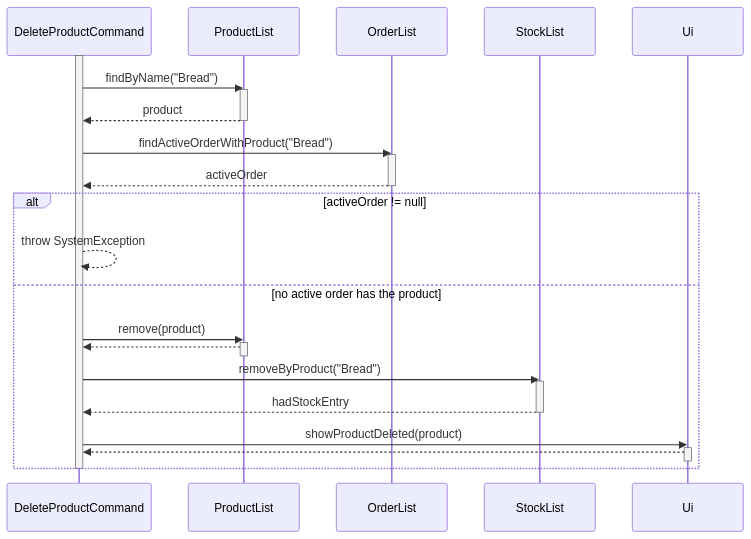
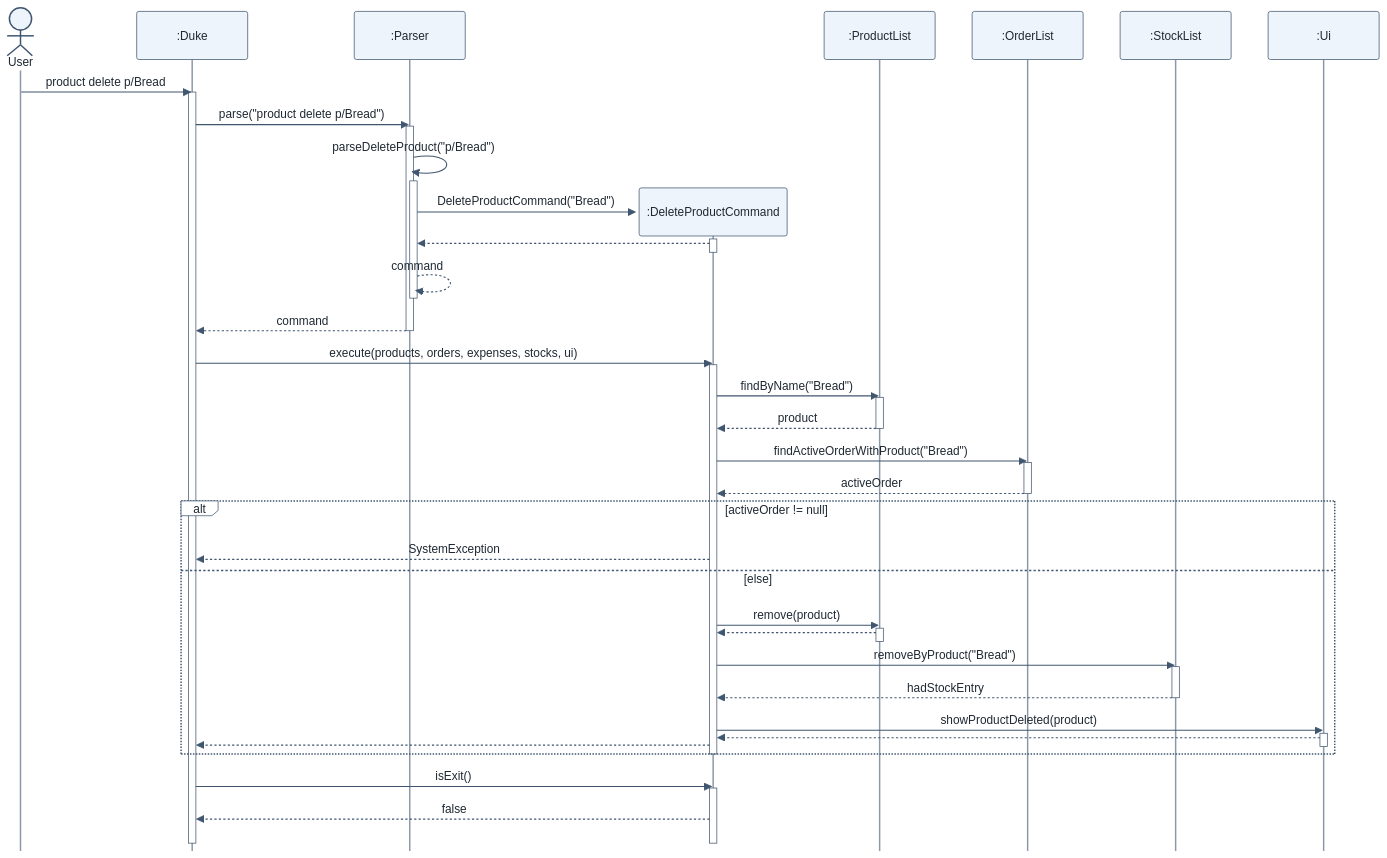
Before and after one commit to AY2627S1-CS2113-T11-1/tp: the diagram in docs/diagrams/product-delete.mmd, drawn with Mermaid. The commit also changed 6 other files, not shown here.

Commit message:
Redraw product catalogue diagrams to follow the UML reference sheet

```diff
--- a/docs/diagrams/product-delete.mmd
+++ b/docs/diagrams/product-delete.mmd
@@ -1,37 +1,64 @@
+%%{init: {"sequence": {"mirrorActors": false}, "themeCSS": ".actor-line { stroke-dasharray: 5 5; } .loopLine { stroke-dasharray: none; stroke-width: 1.5px; }", "themeVariables": {"fontSize": "16px", "actorBkg": "#eef4fb", "actorBorder": "#40566f", "actorTextColor": "#1f2933", "actorLineColor": "#8a98a8", "signalColor": "#40566f", "signalTextColor": "#1f2933", "activationBkgColor": "#ffffff", "activationBorderColor": "#40566f", "labelBoxBkgColor": "#ffffff", "labelBoxBorderColor": "#40566f", "labelTextColor": "#1f2933", "loopTextColor": "#1f2933"}}}%%
 sequenceDiagram
-    participant C as DeleteProductCommand
-    participant PL as ProductList
-    participant OL as OrderList
-    participant SL as StockList
-    participant U as Ui
+    %% Deleting "Bread" with `product delete p/Bread`.
+    %% Mermaid cannot draw UML's destroy marker, so docs/diagrams/render.py adds the X where
+    %% :DeleteProductCommand's lifeline ends. Re-render with: python3 docs/diagrams/render.py product-delete
+    actor User
+    participant D as :Duke
+    participant P as :Parser
 
+    User->>D: product delete p/Bread
+    activate D
+    D->>P: parse("product delete p/Bread")
+    activate P
+    P->>P: parseDeleteProduct("p/Bread")
+    activate P
+    create participant C as :DeleteProductCommand
+    P->>C: DeleteProductCommand("Bread")
     activate C
+    C-->>P: 
+    deactivate C
+    P-->>P: command
+    deactivate P
+    P-->>D: command
+    deactivate P
+
+    D->>C: execute(products, orders, expenses, stocks, ui)
+    activate C
+    participant PL as :ProductList
+    participant OL as :OrderList
+    participant SL as :StockList
+    participant UI as :Ui
     C->>PL: findByName("Bread")
     activate PL
     PL-->>C: product
     deactivate PL
-
     C->>OL: findActiveOrderWithProduct("Bread")
     activate OL
     OL-->>C: activeOrder
     deactivate OL
 
     alt activeOrder != null
-        C-->>C: throw SystemException
-    else no active order has the product
+        C-->>D: SystemException
+    else else
         C->>PL: remove(product)
         activate PL
         PL-->>C: 
         deactivate PL
-
         C->>SL: removeByProduct("Bread")
         activate SL
         SL-->>C: hadStockEntry
         deactivate SL
-
-        C->>U: showProductDeleted(product)
-        activate U
-        U-->>C: 
-        deactivate U
+        C->>UI: showProductDeleted(product)
+        activate UI
+        UI-->>C: 
+        deactivate UI
+        C-->>D: 
     end
     deactivate C
+    D->>C: isExit()
+    activate C
+    destroy C
+    C-->>D: false
+    deactivate C
+    deactivate D
```
